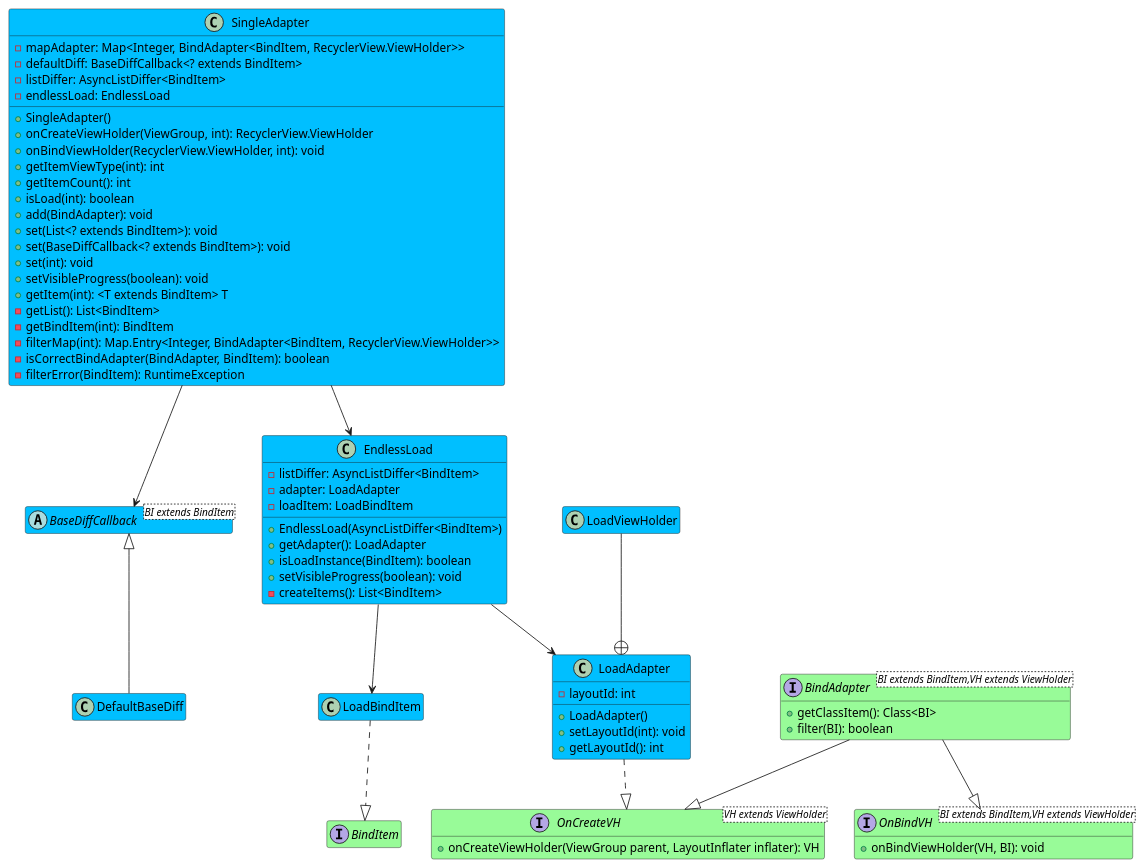
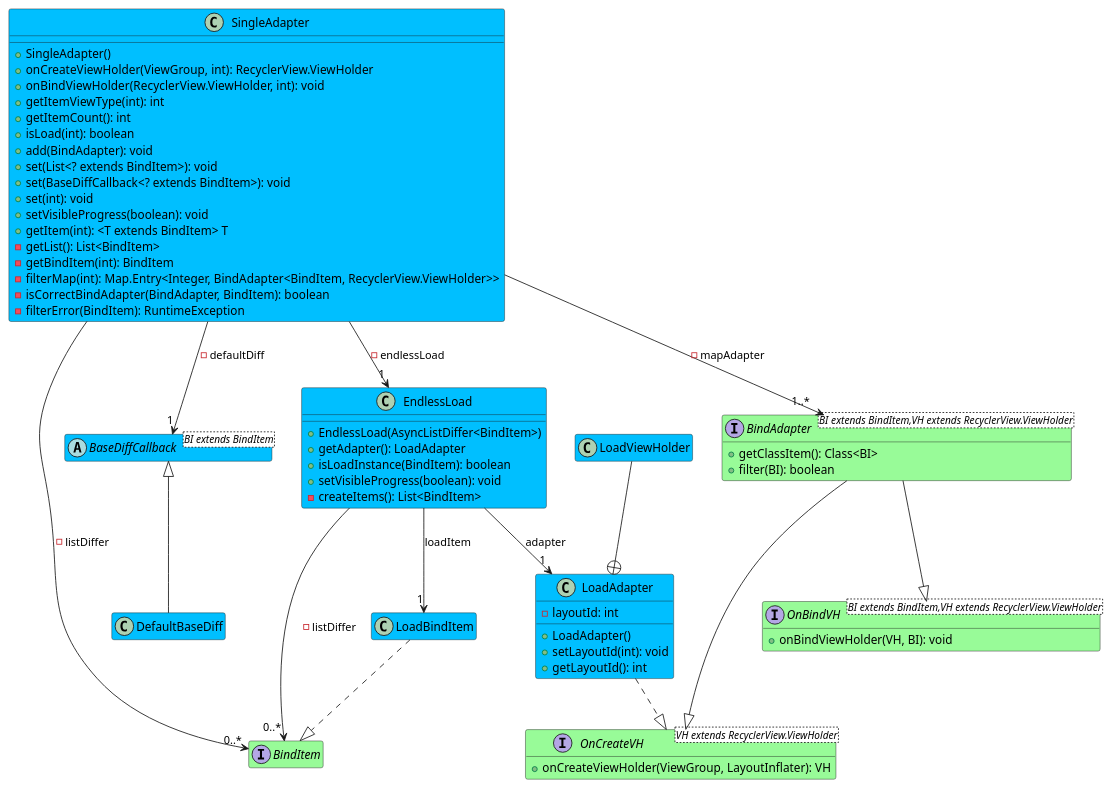
Before and after one commit to vanskarner/SingleAdapter: the diagram in singleAdapter/src/main/java/com/vanskarner/singleadapter/Diagram.puml, drawn with PlantUML.

Commit message:
Normalization to uml class diagram - part 2

```diff
--- a/singleAdapter/src/main/java/com/vanskarner/singleadapter/Diagram.puml
+++ b/singleAdapter/src/main/java/com/vanskarner/singleadapter/Diagram.puml
@@ -1,96 +1,94 @@
 @startuml
 'https://plantuml.com/class-diagram
 
 /'Specification of classes and interfaces'/
 class SingleAdapter{
-    - mapAdapter: Map<Integer, BindAdapter<BindItem, RecyclerView.ViewHolder>>
-    - defaultDiff: BaseDiffCallback<? extends BindItem>
-    - listDiffer: AsyncListDiffer<BindItem>
-    - endlessLoad: EndlessLoad
 
     + SingleAdapter()
     + onCreateViewHolder(ViewGroup, int): RecyclerView.ViewHolder
     + onBindViewHolder(RecyclerView.ViewHolder, int): void
     + getItemViewType(int): int
     + getItemCount(): int
     + isLoad(int): boolean
     + add(BindAdapter): void
     + set(List<? extends BindItem>): void
     + set(BaseDiffCallback<? extends BindItem>): void
     + set(int): void
     + setVisibleProgress(boolean): void
     + getItem(int): <T extends BindItem> T
     - getList(): List<BindItem>
     - getBindItem(int): BindItem
     - filterMap(int): Map.Entry<Integer, BindAdapter<BindItem, RecyclerView.ViewHolder>>
     - isCorrectBindAdapter(BindAdapter, BindItem): boolean
     - filterError(BindItem): RuntimeException
 }
 class EndlessLoad{
-    - listDiffer: AsyncListDiffer<BindItem>
-    - adapter: LoadAdapter
-    - loadItem: LoadBindItem
 
     + EndlessLoad(AsyncListDiffer<BindItem>)
     + getAdapter(): LoadAdapter
     + isLoadInstance(BindItem): boolean
     + setVisibleProgress(boolean): void
     - createItems(): List<BindItem>
 }
 class LoadAdapter{
     - layoutId: int
 
     + LoadAdapter()
     + setLayoutId(int): void
     + getLayoutId(): int
 }
 class LoadBindItem
 abstract class BaseDiffCallback<BI extends BindItem>
 class DefaultBaseDiff
 interface BindItem
-interface OnCreateVH<VH extends ViewHolder>{
-    + onCreateViewHolder(ViewGroup parent, LayoutInflater inflater): VH
+interface OnCreateVH<VH extends RecyclerView.ViewHolder>{
+    + onCreateViewHolder(ViewGroup, LayoutInflater): VH
 }
-interface OnBindVH<BI extends BindItem,VH extends ViewHolder>{
+interface OnBindVH<BI extends BindItem,VH extends RecyclerView.ViewHolder>{
     + onBindViewHolder(VH, BI): void
 }
-interface BindAdapter<BI extends BindItem,VH extends ViewHolder>{
+interface BindAdapter<BI extends BindItem,VH extends RecyclerView.ViewHolder>{
     + getClassItem(): Class<BI>
     + filter(BI): boolean
 }
 class LoadViewHolder
 
 /'Relations'/
-SingleAdapter --> BaseDiffCallback
-SingleAdapter --> EndlessLoad
+SingleAdapter --> "1" BaseDiffCallback : -defaultDiff
+SingleAdapter --> "1" EndlessLoad : -endlessLoad
+SingleAdapter --> "0..*" BindItem : -listDiffer
+SingleAdapter --> "1..*" BindAdapter : -mapAdapter
 BindAdapter --|> OnCreateVH
 BindAdapter --|> OnBindVH
 BaseDiffCallback <|-- DefaultBaseDiff
-EndlessLoad --> LoadAdapter
-EndlessLoad --> LoadBindItem
+EndlessLoad --> "1" LoadAdapter : adapter
+EndlessLoad --> "1" LoadBindItem :loadItem
+
+EndlessLoad --> "0..*" BindItem : - listDiffer
+
 LoadAdapter ..|> OnCreateVH
 LoadBindItem ..|> BindItem
 LoadViewHolder --+ LoadAdapter
 
 /'visual customization'/
 hide LoadViewHolder members
 hide LoadBindItem members
 hide BaseDiffCallback members
 hide DefaultBaseDiff members
 hide BindItem members
 hide OnCreateVH attributes
 hide BindAdapter attributes
 hide OnBindVH attributes
 interface BindItem #paleGreen
 interface OnCreateVH #paleGreen
 interface OnBindVH #paleGreen
 interface BindAdapter #paleGreen
 class SingleAdapter #deepskyblue
 abstract class BaseDiffCallback #deepskyblue
 class EndlessLoad #deepskyblue
 class DefaultBaseDiff #deepskyblue
 class LoadBindItem #deepskyblue
 class LoadViewHolder #deepskyblue
 class LoadAdapter #deepskyblue
 
 @enduml
```
